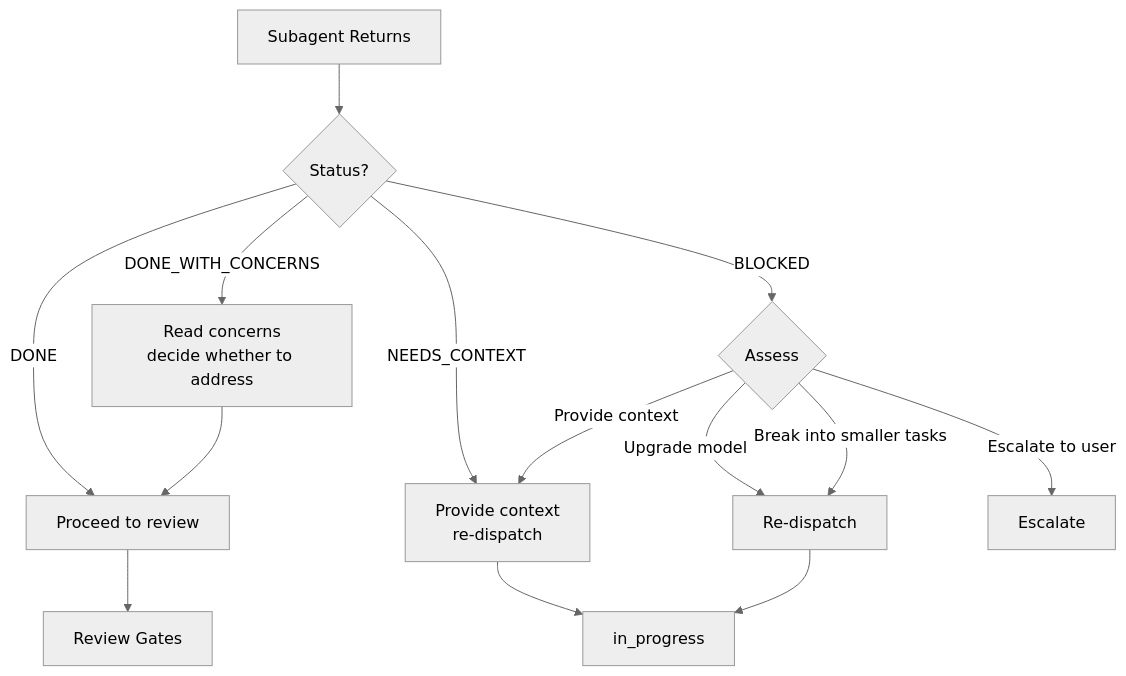
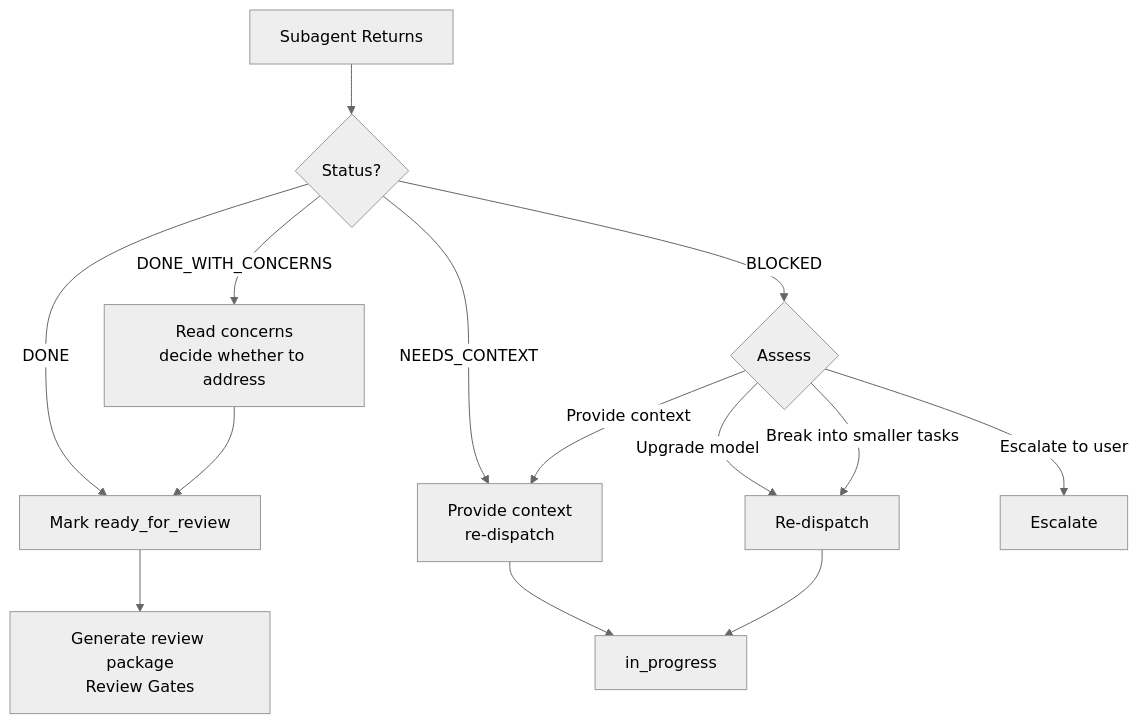
One commit to gugacarbo/agents-skills changed the eighth of 12 diagrams in super-planning/README.md. Above: the diagram before and after it, drawn with Mermaid (neutral theme). The commit also changed other lines of this file and 14 other files, not shown here.

````diff
--- a/super-planning/README.md
+++ b/super-planning/README.md
@@ -188,16 +189,16 @@
 ```mermaid
 flowchart TD
     S[Subagent Returns] --> ST{Status?}
-    ST -->|DONE| P[Proceed to review]
+    ST -->|DONE| P[Mark ready_for_review]
     ST -->|DONE_WITH_CONCERNS| C[Read concerns<br/>decide whether to address]
     ST -->|NEEDS_CONTEXT| CT[Provide context<br/>re-dispatch]
     ST -->|BLOCKED| B{Assess}
     B -->|Provide context| CT
     B -->|Upgrade model| RD[Re-dispatch]
     B -->|Break into smaller tasks| RD
     B -->|Escalate to user| U[Escalate]
     C --> P
     CT --> in_progress
     RD --> in_progress
-    P --> REVIEW[Review Gates]
+    P --> REVIEW[Generate review package<br/>Review Gates]
 ```
````
